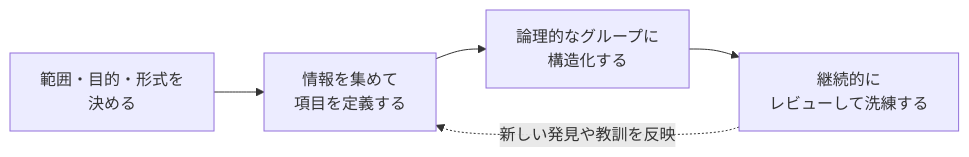
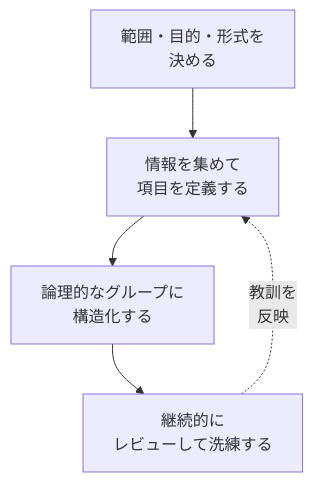
Before and after one commit to ozaki25/jstqb-foundation-training-ozaki25: the diagram in sites/al-ta/docs/lessons/lesson19/index.md, drawn with Mermaid. The commit also changed 8 other files, not shown here.

First line of the commit message:
AL-TA: レッスンの図をスマホ幅に収める（lesson14〜27）

````diff
--- a/sites/al-ta/docs/lessons/lesson19/index.md
+++ b/sites/al-ta/docs/lessons/lesson19/index.md
@@ -33,5 +33,5 @@
 ```mermaid
-flowchart LR
+flowchart TB
     A[範囲・目的・形式を\n決める] --> B[情報を集めて\n項目を定義する] --> C[論理的なグループに\n構造化する] --> D[継続的に\nレビューして洗練する]
-    D -. 新しい発見や教訓を反映 .-> B
+    D -. 教訓を\n反映 .-> B
 ```
````
